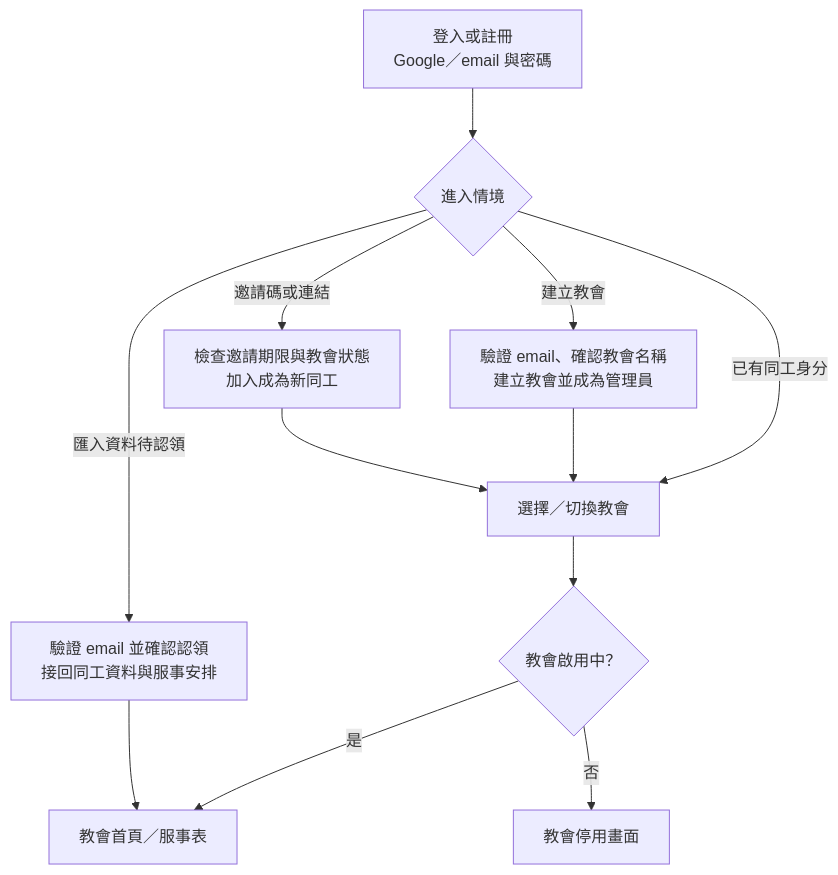
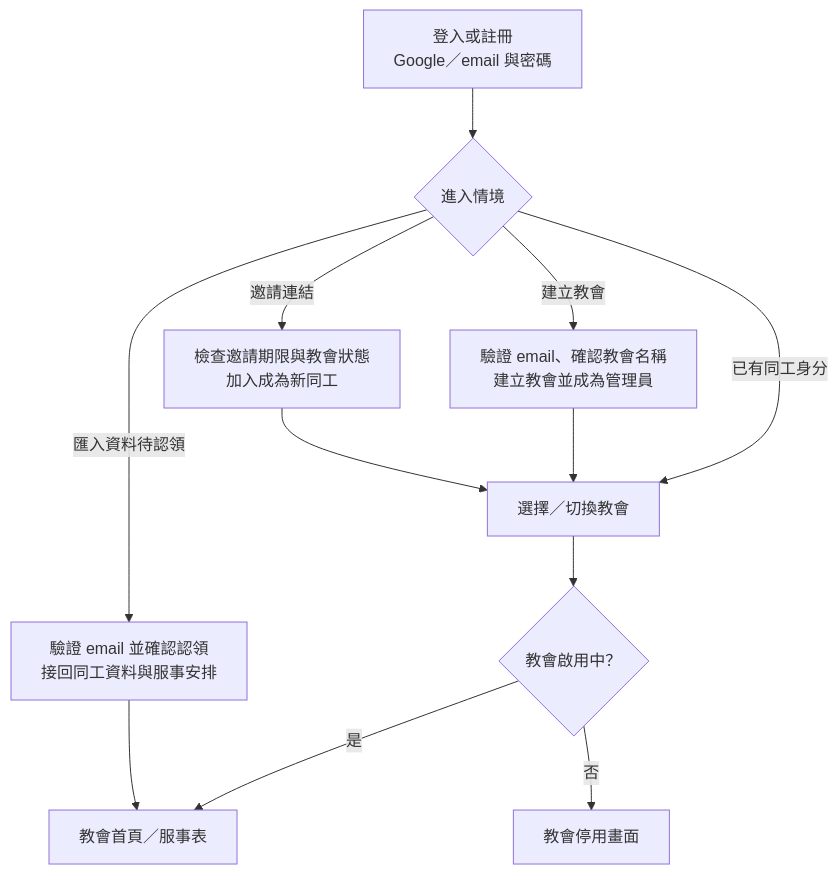
One commit to hansli112/church-staff-pwa changed the second of 3 diagrams in README.md. Above: the diagram before and after it, drawn with Mermaid. The commit also changed 10 other files, not shown here.

````diff
--- a/README.md
+++ b/README.md
@@ -64,14 +64,14 @@
 ```mermaid
 flowchart TB
   login["登入或註冊<br/>Google／email 與密碼"] --> entry{"進入情境"}
   entry -->|已有同工身分| select["選擇／切換教會"]
   entry -->|建立教會| create["驗證 email、確認教會名稱<br/>建立教會並成為管理員"]
-  entry -->|邀請碼或連結| invite["檢查邀請期限與教會狀態<br/>加入成為新同工"]
+  entry -->|邀請連結| invite["檢查邀請期限與教會狀態<br/>加入成為新同工"]
   entry -->|匯入資料待認領| claim["驗證 email 並確認認領<br/>接回同工資料與服事安排"]
   create --> select
   invite --> select
   select --> active{"教會啟用中？"}
   active -->|是| home["教會首頁／服事表"]
   active -->|否| closed["教會停用畫面"]
   claim --> home
 ```
````
